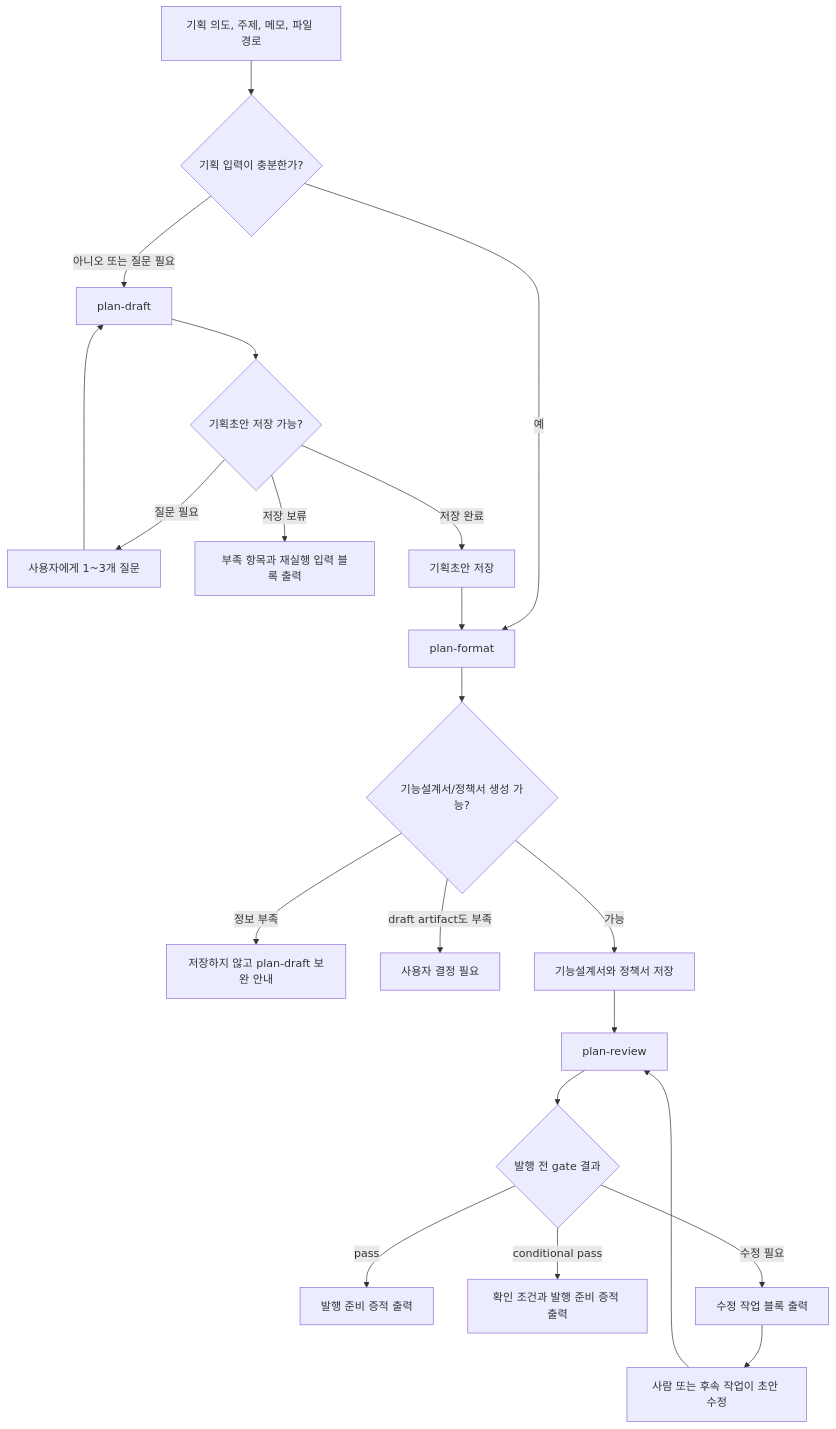
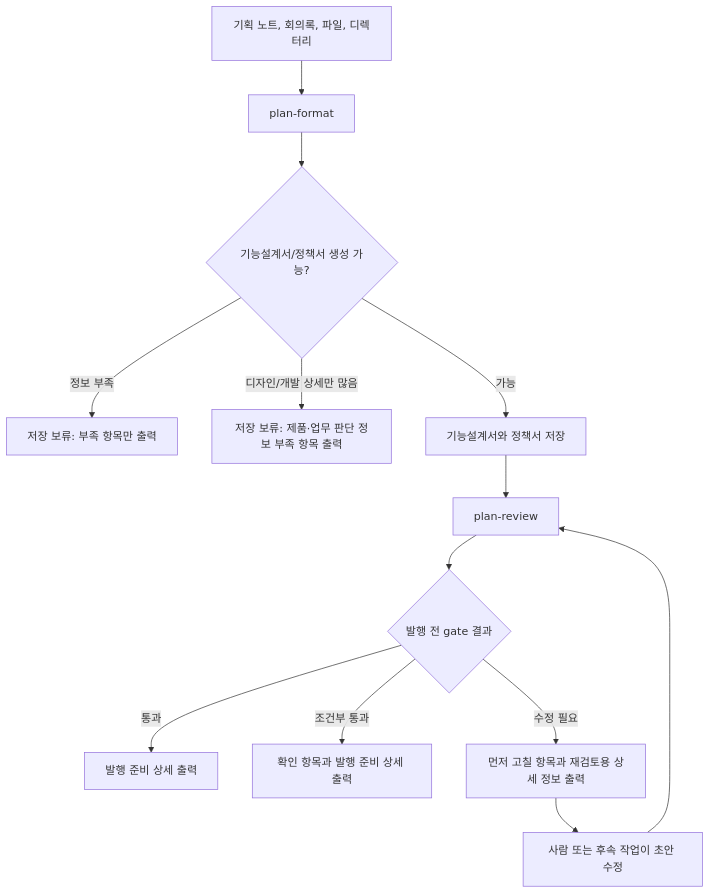
One commit to inkwonjung-colosseum/plugins changed the first of 4 diagrams in product-team-kit/docs/skills-workflow.md. Above: the diagram before and after it, drawn with Mermaid. The commit also changed other lines of this file and 42 other files, not shown here.

````diff
--- a/product-team-kit/docs/skills-workflow.md
+++ b/product-team-kit/docs/skills-workflow.md
@@ -24,23 +23,15 @@
 ```mermaid
 flowchart TD
-    A[기획 의도, 주제, 메모, 파일 경로] --> B{기획 입력이 충분한가?}
-    B -- 아니오 또는 질문 필요 --> C[plan-draft]
-    C --> D{기획초안 저장 가능?}
-    D -- 질문 필요 --> E[사용자에게 1~3개 질문]
-    E --> C
-    D -- 저장 보류 --> F[부족 항목과 재실행 입력 블록 출력]
-    D -- 저장 완료 --> G[기획초안 저장]
-    B -- 예 --> H[plan-format]
-    G --> H
-    H --> I{기능설계서/정책서 생성 가능?}
-    I -- 정보 부족 --> J[저장하지 않고 plan-draft 보완 안내]
-    I -- draft artifact도 부족 --> K[사용자 결정 필요]
-    I -- 가능 --> L[기능설계서와 정책서 저장]
-    L --> M[plan-review]
-    M --> N{발행 전 gate 결과}
-    N -- pass --> O[발행 준비 증적 출력]
-    N -- conditional pass --> P[확인 조건과 발행 준비 증적 출력]
-    N -- 수정 필요 --> Q[수정 작업 블록 출력]
-    Q --> R[사람 또는 후속 작업이 초안 수정]
-    R --> M
+    A[기획 노트, 회의록, 파일, 디렉터리] --> B[plan-format]
+    B --> C{기능설계서/정책서 생성 가능?}
+    C -- 정보 부족 --> D[저장 보류: 부족 항목만 출력]
+    C -- 디자인/개발 상세만 많음 --> E[저장 보류: 제품·업무 판단 정보 부족 항목 출력]
+    C -- 가능 --> F[기능설계서와 정책서 저장]
+    F --> G[plan-review]
+    G --> H{발행 전 gate 결과}
+    H -- 통과 --> I[발행 준비 상세 출력]
+    H -- 조건부 통과 --> J[확인 항목과 발행 준비 상세 출력]
+    H -- 수정 필요 --> K[먼저 고칠 항목과 재검토용 상세 정보 출력]
+    K --> L[사람 또는 후속 작업이 초안 수정]
+    L --> G
 ```
````
